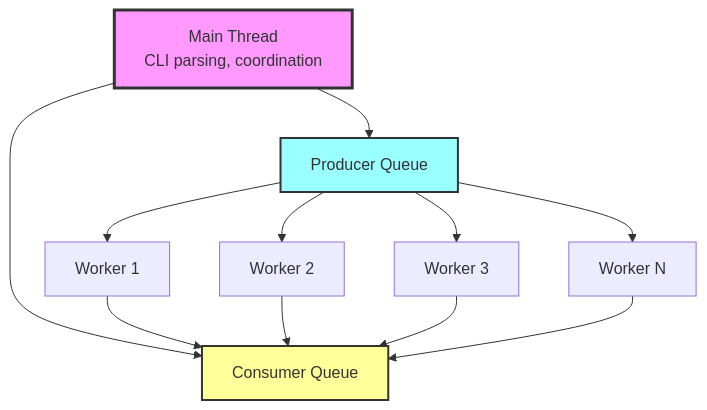
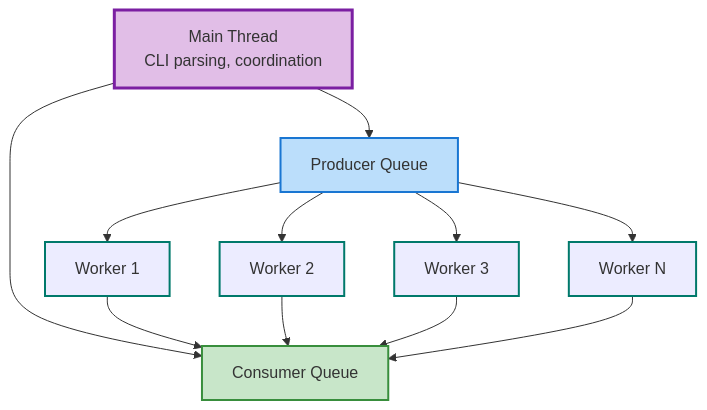
One commit to bfowle/talaria changed the fifth of 6 diagrams in docs/src/development/architecture.md. Above: the diagram before and after it, drawn with Mermaid. The commit also changed other lines of this file and 104 other files, not shown here.

Commit message:
feat: implement content-addressed storage graph (CASG) foundation

````diff
--- a/docs/src/development/architecture.md
+++ b/docs/src/development/architecture.md
@@ -320,19 +335,23 @@
 ```mermaid
 flowchart TD
     A["Main Thread<br/>CLI parsing, coordination"] --> B[Producer Queue]
     A --> C[Consumer Queue]
     
     B --> D1[Worker 1]
     B --> D2[Worker 2]
     B --> D3[Worker 3]
     B --> DN[Worker N]
     
     D1 --> C
     D2 --> C
     D3 --> C
     DN --> C
     
-    style A fill:#f9f,stroke:#333,stroke-width:3px
-    style B fill:#9ff,stroke:#333,stroke-width:2px
-    style C fill:#ff9,stroke:#333,stroke-width:2px
+    style A stroke:#7b1fa2,stroke-width:3px,fill:#e1bee7
+    style B stroke:#1976d2,stroke-width:2px,fill:#bbdefb
+    style C stroke:#388e3c,stroke-width:2px,fill:#c8e6c9
+    style D1 stroke:#00796b,stroke-width:2px
+    style D2 stroke:#00796b,stroke-width:2px
+    style D3 stroke:#00796b,stroke-width:2px
+    style DN stroke:#00796b,stroke-width:2px
 ```
````
